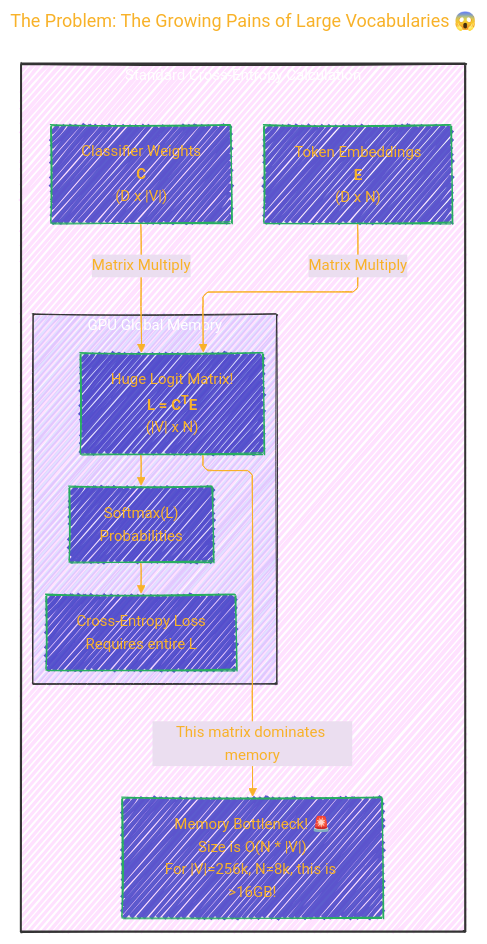
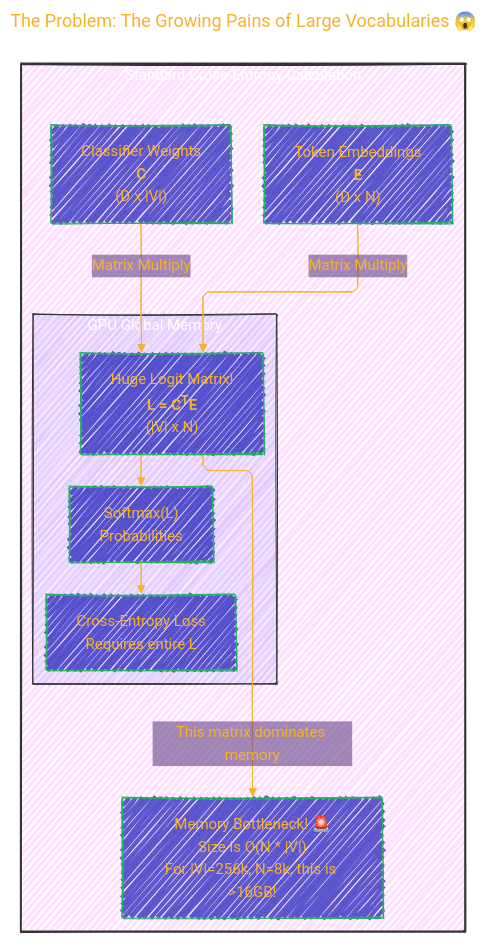
Before and after one commit to CongLeSolutionX/ArchExplorer: the first of 7 diagrams in APPLE/APPLE_REPO_PROJECTS/ml-cross-entropy/PAPER-Cut_Your_Losses_in_Large_Vocabulary_Language_Models.md, drawn with Mermaid.

Commit message:
update notes

````diff
--- a/APPLE/APPLE_REPO_PROJECTS/ml-cross-entropy/PAPER-Cut_Your_Losses_in_Large_Vocabulary_Language_Models.md
+++ b/APPLE/APPLE_REPO_PROJECTS/ml-cross-entropy/PAPER-Cut_Your_Losses_in_Large_Vocabulary_Language_Models.md
@@ -57,55 +57,55 @@
 ```mermaid
 ---
 title: "The Problem: The Growing Pains of Large Vocabularies 😱"
 author: "Cong Le"
 version: "1.0"
 license(s): "MIT, CC BY-SA 4.0"
 copyright: "Copyright © 2025 Cong Le. All Rights Reserved."
 config:
   layout: elk
   theme: base
   look: handDrawn
 ---
 %%%%%%%% Mermaid version v11.4.1-b.14
 %%%%%%%% Available curve styles include the following keywords:
 %% basis, bumpX, bumpY, cardinal, catmullRom, linear, monotoneX, monotoneY, natural, step, stepAfter, stepBefore.
 %%{
   init: {
     'securityLevel': 'loose',
     'flowchart': { 'htmlLabels': true, 'curve': 'linear' },
     'fontFamily': 'Comic Sans MS, cursive, sans-serif',
     'themeVariables': {
       'primaryColor': '#22BB',
       'primaryTextColor': '#F8B229',
       'lineColor': '#F8B229',
       'primaryBorderColor': '#27AE60',
-      'secondaryColor': '#EBDEF0',
+      'secondaryColor': '#6483',
       'secondaryTextColor': '#6C3483',
       'secondaryBorderColor': '#A569BD',
       'fontSize': '15px'
     }
   }
 }%%
 flowchart TD
     subgraph Standard_Cross_Entropy_Calculation["Standard Cross-Entropy Calculation"]
     style Standard_Cross_Entropy_Calculation fill:#F2F2,stroke:#333,stroke-width:2px, color: #FFFF
         E["Token Embeddings<br><b>E</b> <br/>(D x N)"]
         C["Classifier Weights<br><b>C</b> <br/>(D x |V|)"]
         
         subgraph GPU_Global_Memory["GPU Global Memory"]
         style GPU_Global_Memory fill:#22F2,stroke:#333,stroke-width:1px, color: #FFFF
         direction LR
             Logits["Huge Logit Matrix!<br><b>L = C<sup>T</sup>E</b><br>(|V| x N)"]
             Softmax["Softmax(L)<br>Probabilities"]
             Loss["Cross-Entropy Loss<br>Requires entire L"]
         end
 
         E -- "Matrix Multiply" --> Logits
         C -- "Matrix Multiply" --> Logits
         Logits --> Softmax
         Softmax --> Loss
 
         note["Memory Bottleneck! 🚨<br>Size is O(N * |V|)<br>For |V|=256k, N=8k, this is >16GB!"]
         Logits -- "This matrix dominates memory" --> note
     end
 ```
````
